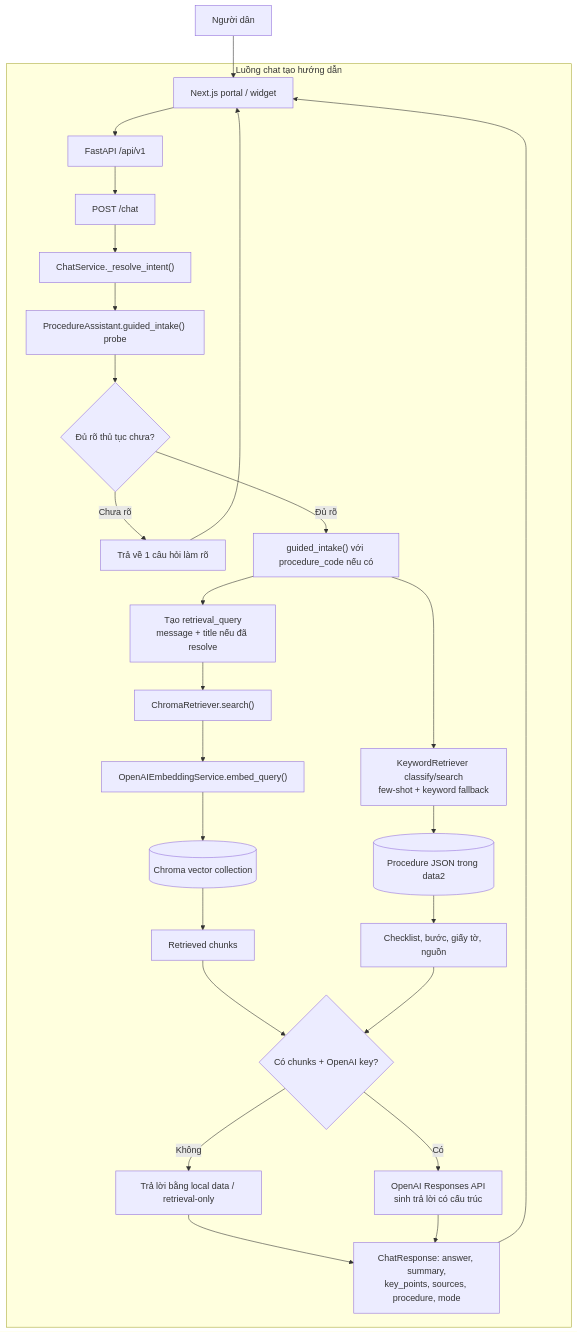
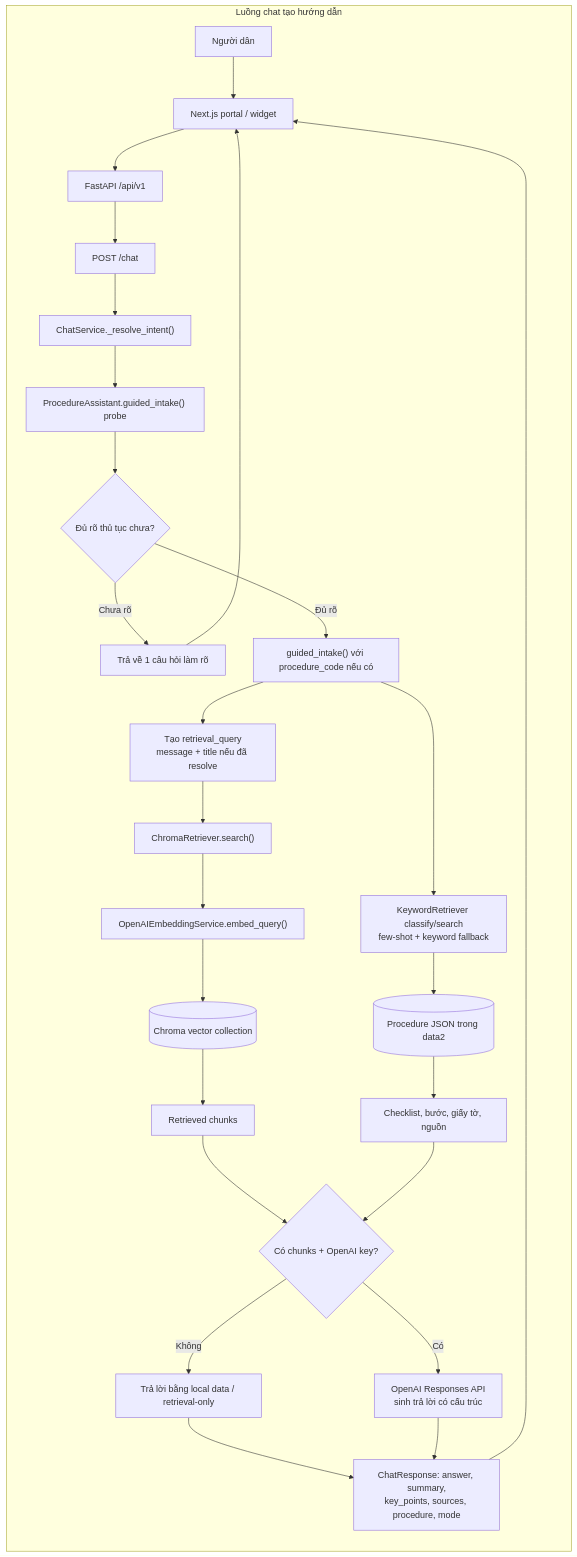
Before and after one commit to Takato56/Steve-Jobs-Vietnam: the diagram in Projectdescriptionfinal.md, drawn with Mermaid. The commit also changed other lines of this file, not shown here.

Commit message:
Modify flowchart direction and structure in documentation
Updated flowchart direction and added new flowchart structure.

````diff
--- a/Projectdescriptionfinal.md
+++ b/Projectdescriptionfinal.md
@@ -48,36 +48,36 @@
 ```mermaid
-flowchart TD
-    citizen[Người dân] --> ui[Next.js portal / widget] 
-    ui --> api[FastAPI /api/v1]
-
+flowchart LR
 
     subgraph chatFlow["Luồng chat tạo hướng dẫn"]
+
+        citizen[Người dân] --> ui[Next.js portal / widget] 
+        ui --> api[FastAPI /api/v1]
         api --> chatEndpoint["POST /chat"]
         chatEndpoint --> resolveIntent["ChatService._resolve_intent()"]
         resolveIntent --> probe["ProcedureAssistant.guided_intake() probe"]
         probe --> intentDecision{"Đủ rõ thủ tục chưa?"}
 
         intentDecision -->|Chưa rõ| clarification["Trả về 1 câu hỏi làm rõ"]
         clarification --> ui
 
         intentDecision -->|Đủ rõ| scopedIntake["guided_intake() với procedure_code nếu có"]
         scopedIntake --> localClassifier["KeywordRetriever classify/search\nfew-shot + keyword fallback"]
         localClassifier --> procedureStore[(Procedure JSON trong data2)]
         procedureStore --> checklist["Checklist, bước, giấy tờ, nguồn"]
 
         scopedIntake --> retrievalQuery["Tạo retrieval_query\nmessage + title nếu đã resolve"]
         retrievalQuery --> chromaSearch["ChromaRetriever.search()"]
         chromaSearch --> embed["OpenAIEmbeddingService.embed_query()"]
         embed --> chroma[(Chroma vector collection)]
         chroma --> chunks["Retrieved chunks"]
 
         chunks --> hasChunks{"Có chunks + OpenAI key?"}
         checklist --> hasChunks
         hasChunks -->|Không| fallbackAnswer["Trả lời bằng local data / retrieval-only"]
         hasChunks -->|Có| llmAnswer["OpenAI Responses API\nsinh trả lời có cấu trúc"]
         fallbackAnswer --> chatResponse["ChatResponse: answer, summary,\nkey_points, sources, procedure, mode"]
         llmAnswer --> chatResponse
         chatResponse --> ui
     end
 
 ```	
````
